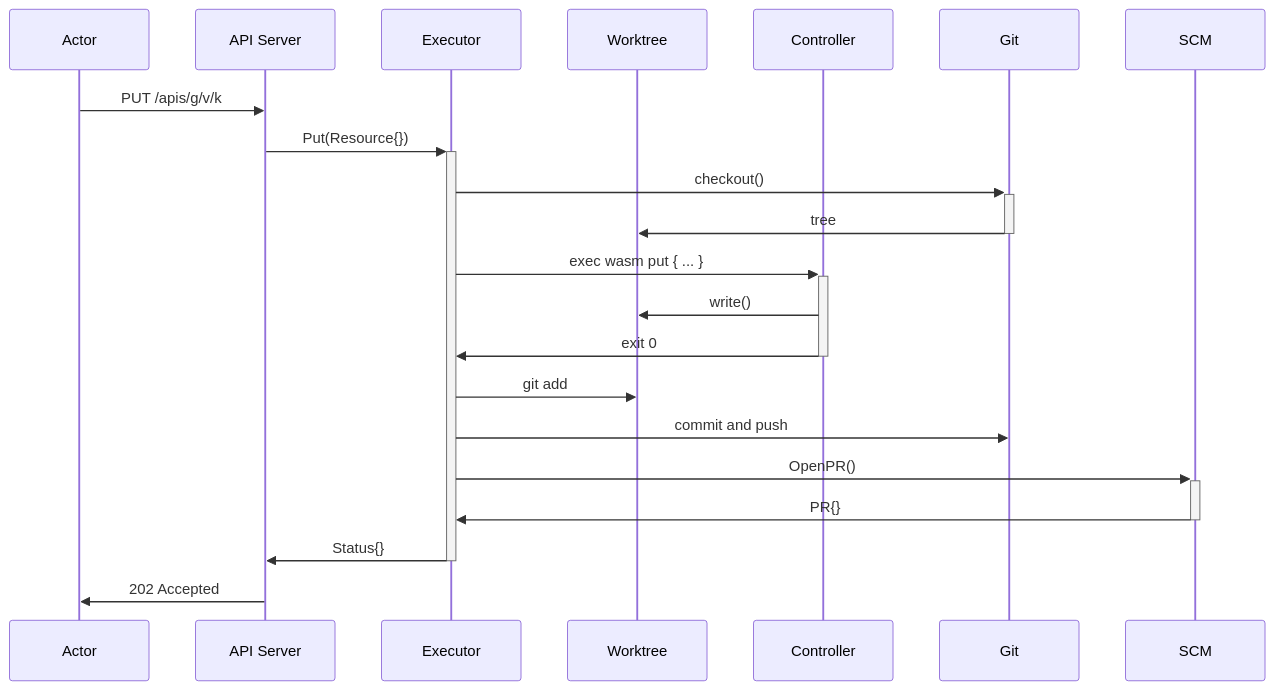
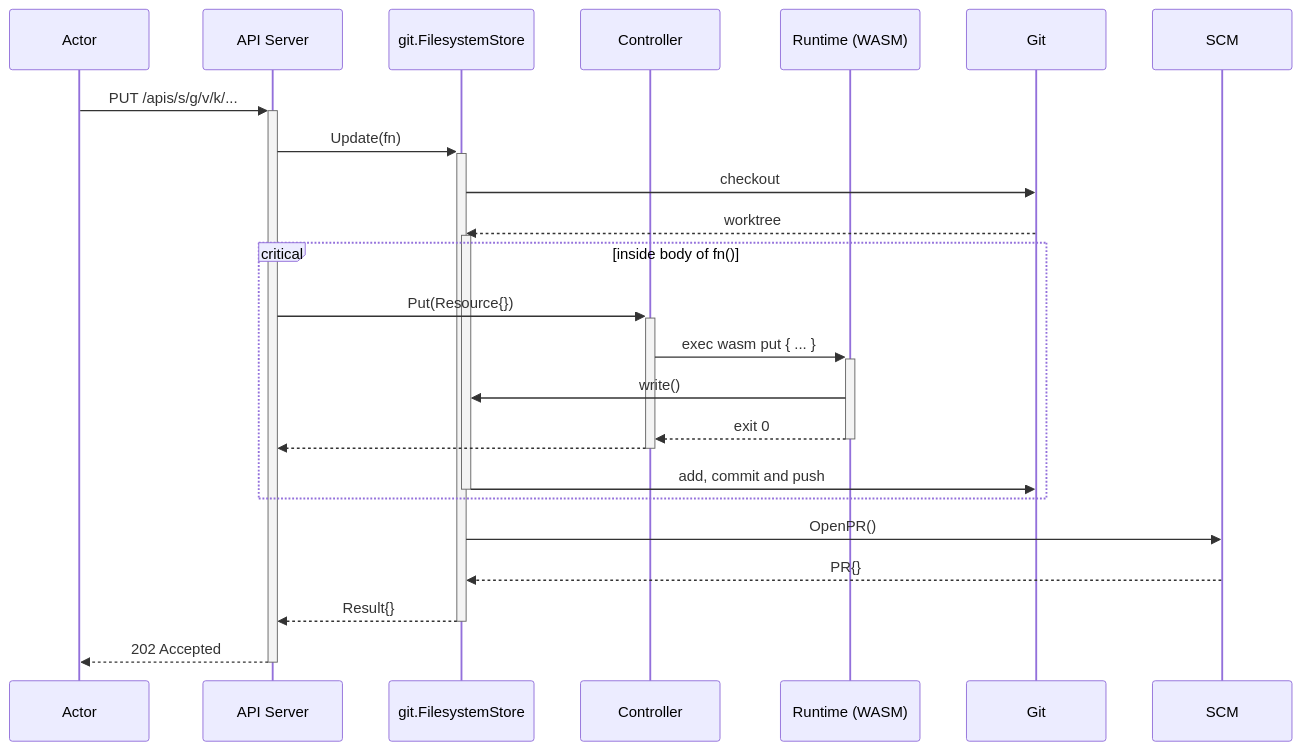
One commit to flipt-io/cup changed the diagram in docs/DESIGN.md. Above: the diagram before and after it, drawn with Mermaid.

Commit message:
refactor(docs): update design PUT sequence diagram

````diff
--- a/docs/DESIGN.md
+++ b/docs/DESIGN.md
@@ -328,23 +328,26 @@
 ```mermaid
 sequenceDiagram
     participant A as Actor
     participant S as API Server
-    participant E as Executor
-    participant F as Worktree
-    participant R as Controller
+    participant F as git.FilesystemStore
+    participant C as Controller
+    participant R as Runtime (WASM)
     participant G as Git
     participant SCM
-    A ->> S: PUT /apis/g/v/k
-    S ->>+ E: Put(Resource{})
-    E ->>+ G: checkout()
-    G ->>- F: tree
-    E ->>+ R: exec wasm put { ... }
+    A ->>+ S: PUT /apis/s/g/v/k/...
+    S ->>+ F: Update(fn)
+    F ->> G: checkout
+    G -->>+ F: worktree
+    critical inside body of fn()
+    S ->>+ C: Put(Resource{})
+    C ->>+ R: exec wasm put { ... }
     R ->> F: write()
-    R ->>- E: exit 0
-    E ->> F: git add
-    E ->> G: commit and push
-    E ->>+ SCM: OpenPR()
-    SCM ->>- E: PR{}
-    E ->>- S: Status{}
-    S ->> A: 202 Accepted
+    R -->>- C: exit 0
+    C -->>- S: 
+    F ->>- G: add, commit and push
+    end
+    F ->> SCM: OpenPR()
+    SCM -->> F: PR{}
+    F -->>- S: Result{}
+    S -->>- A: 202 Accepted
 ```
````
